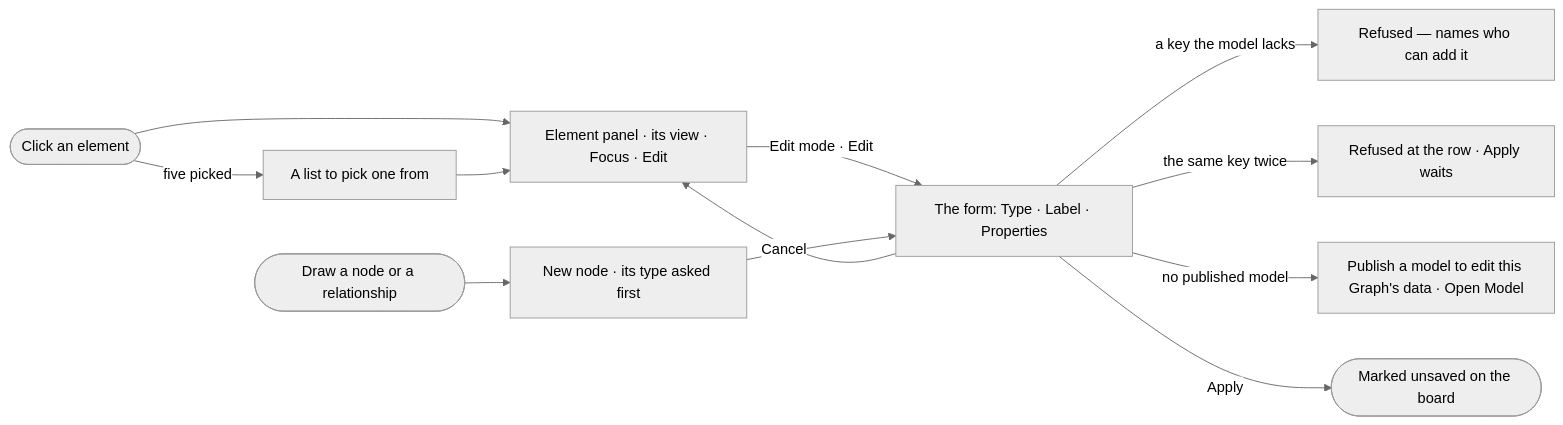
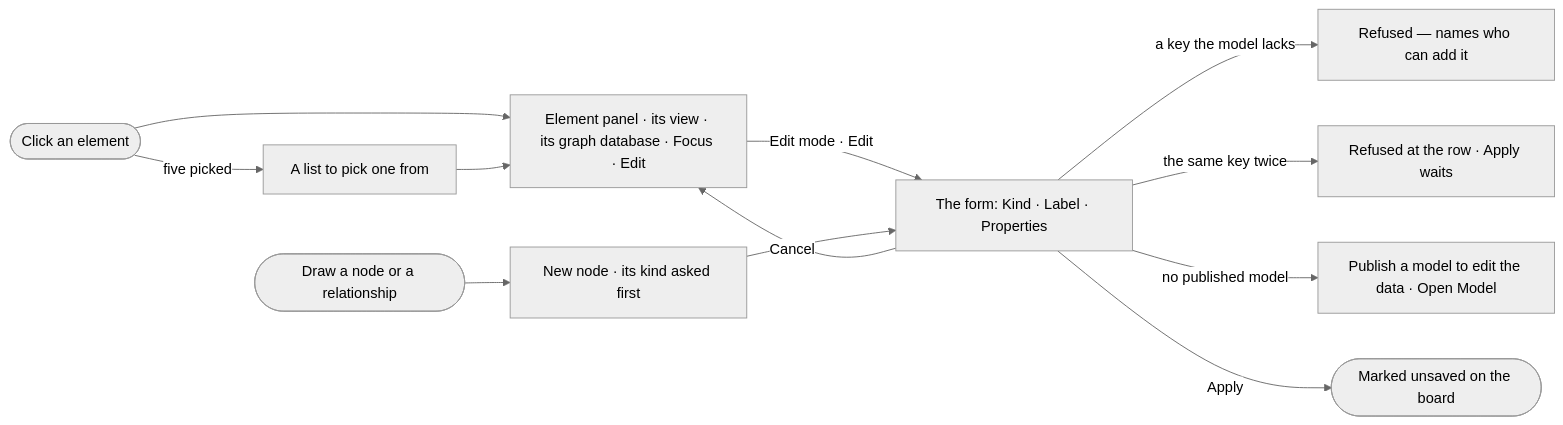
One commit to invana/invana changed the diagram in specs/capabilities/explore/features/EX-F01-the-board-and-its-canvas/stories/EX-21-see-and-edit-one-element/story.md. Above: the diagram before and after it, drawn with Mermaid (neutral theme). The commit also changed other lines of this file and 522 other files, not shown here.

````diff
--- a/specs/capabilities/explore/features/EX-F01-the-board-and-its-canvas/stories/EX-21-see-and-edit-one-element/story.md
+++ b/specs/capabilities/explore/features/EX-F01-the-board-and-its-canvas/stories/EX-21-see-and-edit-one-element/story.md
@@ -26,12 +26,12 @@
 ```mermaid
 flowchart LR
-  a([Click an element]) --> v["Element panel · its view · Focus · Edit"]
+  a([Click an element]) --> v["Element panel · its view · its graph database · Focus · Edit"]
   a -->|five picked| l["A list to pick one from"] --> v
-  v -->|Edit mode · Edit| f["The form: Type · Label · Properties"]
-  n([Draw a node or a relationship]) --> t["New node · its type asked first"] --> f
+  v -->|Edit mode · Edit| f["The form: Kind · Label · Properties"]
+  n([Draw a node or a relationship]) --> t["New node · its kind asked first"] --> f
   f -->|a key the model lacks| r["Refused — names who can add it"]
   f -->|the same key twice| d["Refused at the row · Apply waits"]
-  f -->|no published model| m["Publish a model to edit this Graph's data · Open Model"]
+  f -->|no published model| m["Publish a model to edit the data · Open Model"]
   f -->|Apply| u(["Marked unsaved on the board"])
   f -->|Cancel| v
 ```
````
